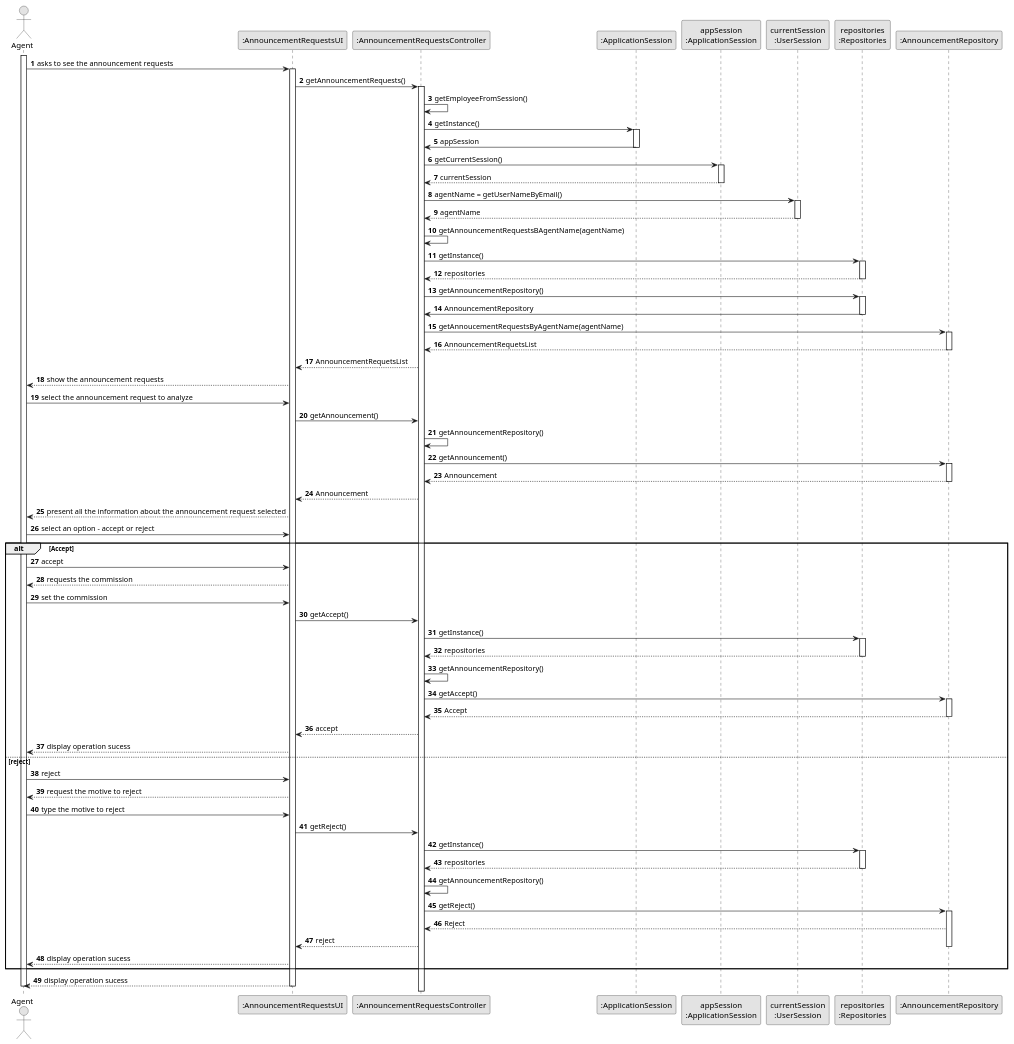
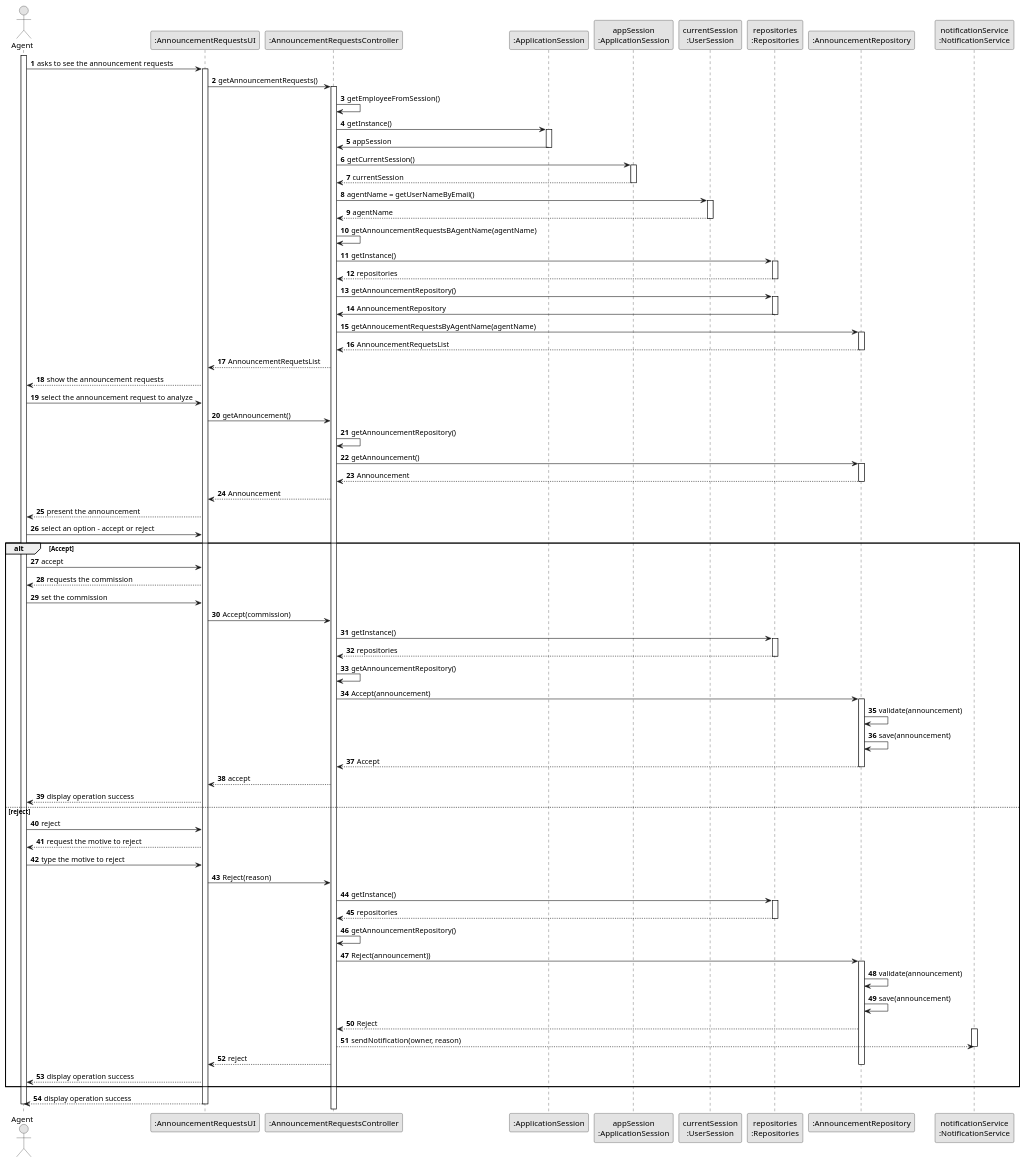
One commit to tiagohcorreia/LAPR2 changed the diagram in docs/sprintD/US008/03.design/puml/US8_SD.puml. Above: the diagram before and after it, drawn with PlantUML. The commit also changed 25 other files, not shown here.

```diff
--- a/docs/sprintD/US008/03.design/puml/US8_SD.puml
+++ b/docs/sprintD/US008/03.design/puml/US8_SD.puml
@@ -1,140 +1,150 @@
 @startuml
 skinparam monochrome true
 skinparam packageStyle rectangle
 skinparam shadowing false
 
 autonumber
 
 'hide footbox
 actor "Agent" as AG
 participant ":AnnouncementRequestsUI" as UI
 participant ":AnnouncementRequestsController" as CTRL
 participant ":ApplicationSession" as _APP
 participant "appSession\n:ApplicationSession" as APP
 participant "currentSession\n:UserSession" as SESSAO
 participant "repositories\n:Repositories" as REP
 participant ":AnnouncementRepository" as AnnouncementREP
+participant "notificationService\n:NotificationService" as NOT
 
 
 
 activate AG
 
         AG -> UI : asks to see the announcement requests
         activate UI
 
         UI -> CTRL : getAnnouncementRequests()
         activate CTRL
          CTRL -> CTRL : getEmployeeFromSession()
 
           CTRL -> _APP: getInstance()
              activate _APP
           _APP -> CTRL: appSession
               deactivate _APP
 
           CTRL -> APP: getCurrentSession()
               activate APP
 
           APP --> CTRL: currentSession
               deactivate APP
 
          CTRL -> SESSAO: agentName = getUserNameByEmail()
               activate SESSAO
 
           SESSAO --> CTRL : agentName
               deactivate SESSAO
 
 
          CTRL -> CTRL : getAnnouncementRequestsBAgentName(agentName)
 
          CTRL -> REP : getInstance()
                activate REP
 
          REP --> CTRL: repositories
                deactivate REP
 
           CTRL -> REP : getAnnouncementRepository()
                 activate REP
 
            REP -> CTRL : AnnouncementRepository
                 deactivate REP
 
            CTRL -> AnnouncementREP : getAnnoucementRequestsByAgentName(agentName)
                 activate AnnouncementREP
 
            AnnouncementREP --> CTRL : AnnouncementRequetsList
                 deactivate AnnouncementREP
          CTRL --> UI : AnnouncementRequetsList
 
         UI --> AG : show the announcement requests
 
         AG -> UI : select the announcement request to analyze
 
         UI -> CTRL : getAnnouncement()
 
         CTRL -> CTRL : getAnnouncementRepository()
 
 
         CTRL -> AnnouncementREP: getAnnouncement()
                activate AnnouncementREP
                AnnouncementREP --> CTRL : Announcement
                deactivate AnnouncementREP
 
                CTRL --> UI : Announcement
 
-        UI --> AG : present all the information about the announcement request selected
-
+        UI --> AG : present the announcement
         AG -> UI : select an option - accept or reject
 
         alt Accept
 
         AG -> UI : accept
         UI --> AG: requests the commission
         AG -> UI : set the commission
 
-        UI -> CTRL : getAccept()
+        UI -> CTRL : Accept(commission)
          CTRL -> REP : getInstance()
                        activate REP
 
                  REP --> CTRL: repositories
                        deactivate REP
 
         CTRL -> CTRL: getAnnouncementRepository()
-        CTRL -> AnnouncementREP : getAccept()
+        CTRL -> AnnouncementREP : Accept(announcement)
         activate AnnouncementREP
+        AnnouncementREP -> AnnouncementREP : validate(announcement)
+        AnnouncementREP -> AnnouncementREP : save(announcement)
         AnnouncementREP --> CTRL : Accept
         deactivate AnnouncementREP
         CTRL --> UI : accept
-        UI --> AG: display operation sucess
+        UI --> AG: display operation success
 
 
         else reject
         AG -> UI : reject
         UI --> AG : request the motive to reject
         AG -> UI : type the motive to reject
-        UI -> CTRL : getReject()
+        UI -> CTRL : Reject(reason)
         CTRL -> REP : getInstance()
            activate REP
 
              REP --> CTRL: repositories
            deactivate REP
 
                 CTRL -> CTRL: getAnnouncementRepository()
-                CTRL -> AnnouncementREP : getReject()
+                CTRL -> AnnouncementREP : Reject(announcement))
                 activate AnnouncementREP
-                AnnouncementREP --> CTRL : Reject
+                AnnouncementREP -> AnnouncementREP : validate(announcement)
+                AnnouncementREP -> AnnouncementREP : save(announcement)
+                 AnnouncementREP --> CTRL : Reject
+
+               activate NOT
+                CTRL --> NOT: sendNotification(owner, reason)
+
+                deactivate NOT
+
                 CTRL --> UI : reject
                 deactivate AnnouncementREP
-                 UI --> AG: display operation sucess
+                 UI --> AG: display operation success
 
 
 
         end
 
-         UI --> AG: display operation sucess
+         UI --> AG: display operation success
 
 
                     deactivate UI
 
                 deactivate AG
 
 @enduml
```
